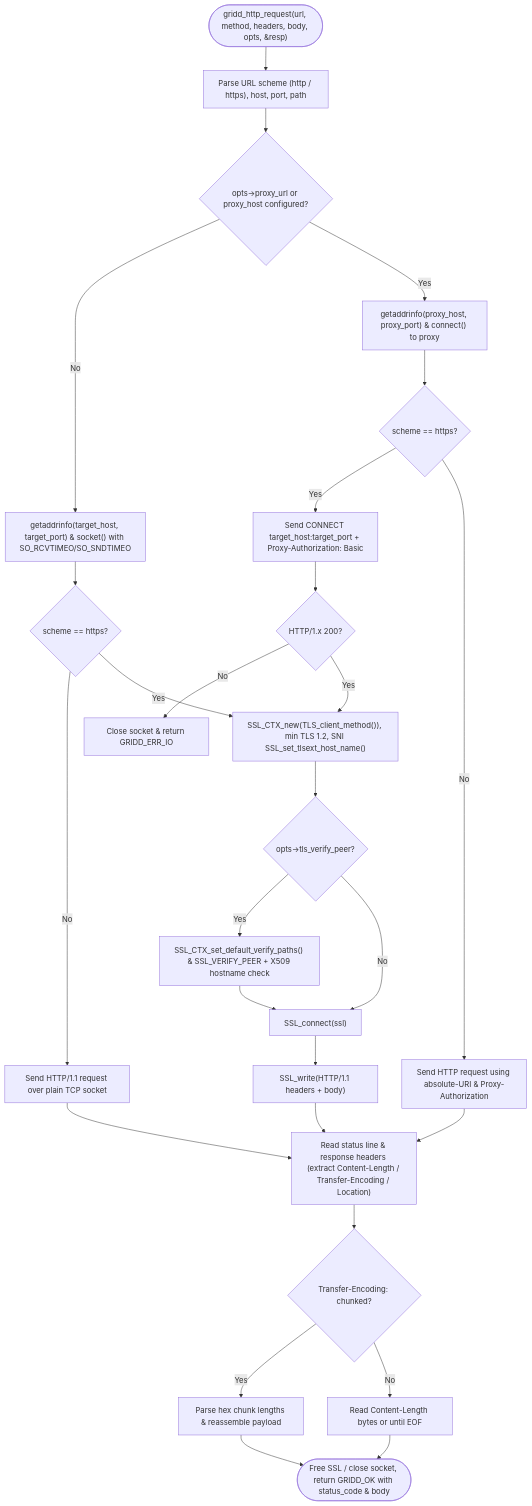
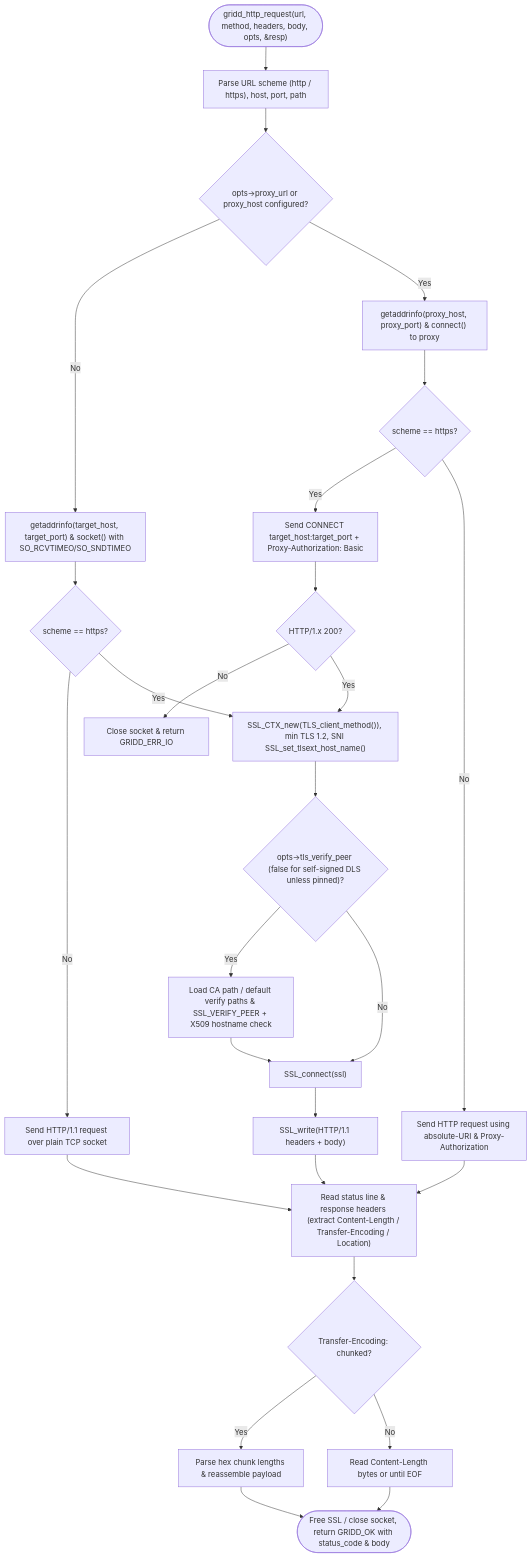
The seventh of 7 diagrams in open-gridd/docs/FLOWCHARTS.md (SanjayRavindran/open-vgpu-tesla-p4), drawn with Mermaid before and after one commit. The commit also changed other lines of this file and 8 other files, not shown here.

Commit message:
docs(vgpu): update flowcharts, docs, and open-gridd test cleanup

````diff
--- a/open-gridd/docs/FLOWCHARTS.md
+++ b/open-gridd/docs/FLOWCHARTS.md
@@ -242,36 +245,36 @@
 ```mermaid
 flowchart TD
     Req(["gridd_http_request(url, method, headers, body, opts, &resp)"]) --> ParseURL["Parse URL scheme (http / https), host, port, path"]
     ParseURL --> HasProxy{"opts->proxy_url or proxy_host configured?"}
 
     HasProxy -- "No" --> DirectDNS["getaddrinfo(target_host, target_port) & socket() with SO_RCVTIMEO/SO_SNDTIMEO"]
     DirectDNS --> IsHTTPS{"scheme == https?"}
 
     HasProxy -- "Yes" --> ProxyDNS["getaddrinfo(proxy_host, proxy_port) & connect() to proxy"]
     ProxyDNS --> NeedTunnel{"scheme == https?"}
     NeedTunnel -- "Yes" --> SendConnect["Send CONNECT target_host:target_port + Proxy-Authorization: Basic"]
     SendConnect --> TunnelOK{"HTTP/1.x 200?"}
     TunnelOK -- "No" --> FailIO["Close socket & return GRIDD_ERR_IO"]
     TunnelOK -- "Yes" --> TLSHandshake
 
     NeedTunnel -- "No" --> SendHTTPProxy["Send HTTP request using absolute-URI & Proxy-Authorization"]
     IsHTTPS -- "No" --> SendPlain["Send HTTP/1.1 request over plain TCP socket"]
     IsHTTPS -- "Yes" --> TLSHandshake["SSL_CTX_new(TLS_client_method()), min TLS 1.2, SNI SSL_set_tlsext_host_name()"]
 
-    TLSHandshake --> VerifyPeer{"opts->tls_verify_peer?"}
-    VerifyPeer -- "Yes" --> SetVerify["SSL_CTX_set_default_verify_paths() & SSL_VERIFY_PEER + X509 hostname check"]
+    TLSHandshake --> VerifyPeer{"opts->tls_verify_peer (false for self-signed DLS unless pinned)?"}
+    VerifyPeer -- "Yes" --> SetVerify["Load CA path / default verify paths & SSL_VERIFY_PEER + X509 hostname check"]
     VerifyPeer -- "No" --> DoConnect["SSL_connect(ssl)"]
     SetVerify --> DoConnect
     DoConnect --> SendTLS["SSL_write(HTTP/1.1 headers + body)"]
 
     SendPlain --> ReadResp
     SendHTTPProxy --> ReadResp
     SendTLS --> ReadResp["Read status line & response headers (extract Content-Length / Transfer-Encoding / Location)"]
 
     ReadResp --> IsChunked{"Transfer-Encoding: chunked?"}
     IsChunked -- "Yes" --> DecodeChunks["Parse hex chunk lengths & reassemble payload"]
     IsChunked -- "No" --> ReadLen["Read Content-Length bytes or until EOF"]
 
     DecodeChunks --> Cleanup(["Free SSL / close socket, return GRIDD_OK with status_code & body"])
     ReadLen --> Cleanup
 ```
````
